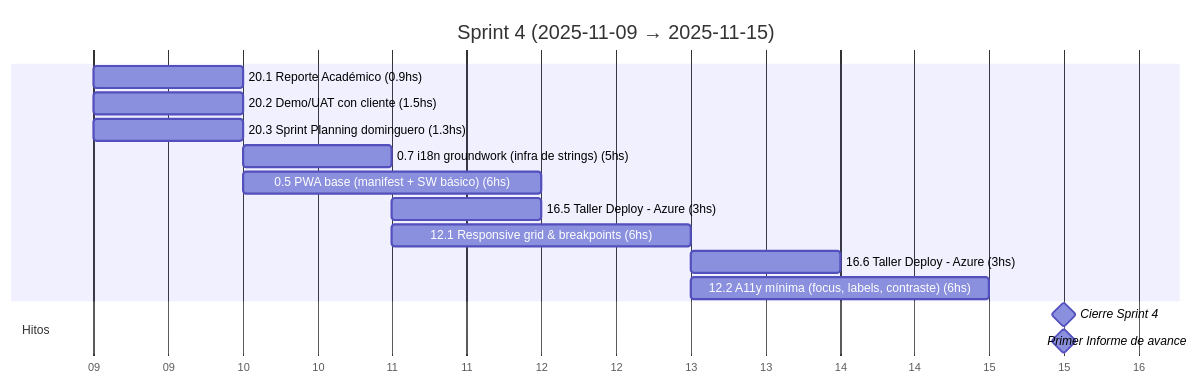
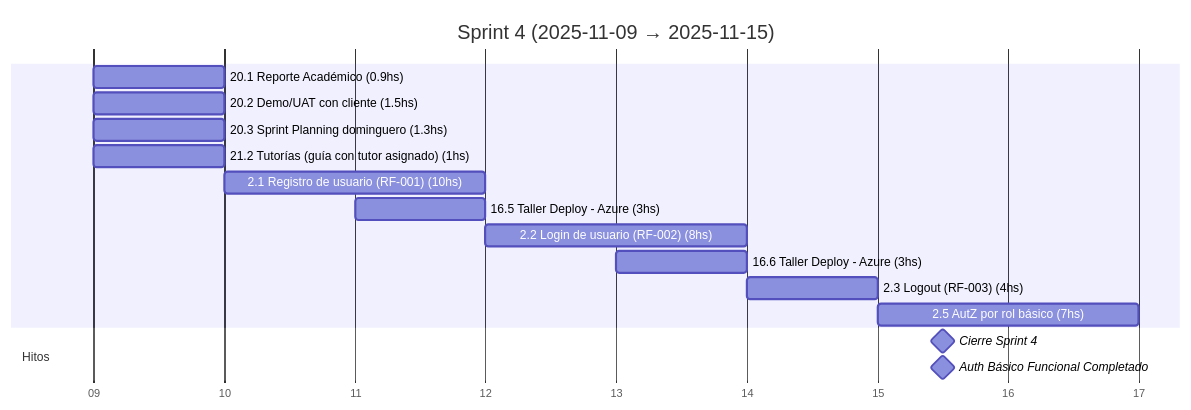
The fifth of 19 diagrams in docs/SprintsGantts.md (MarkMed/FleetMan), drawn with Mermaid before and after one commit. The commit also changed other lines of this file, not shown here.

Commit message:
feat: update Sprint #4 and #5 tasks for improved user authentication features and project milestones

````diff
--- a/docs/SprintsGantts.md
+++ b/docs/SprintsGantts.md
@@ -127,22 +127,23 @@
 ```mermaid
 gantt
   title Sprint 4 (2025-11-09 → 2025-11-15)
   dateFormat  YYYY-MM-DD
   axisFormat  %d
 
   %% Asumimos 5 h/día. Horas estimadas incluidas en el nombre.
 
   20.1 Reporte Académico (0.9hs)               :t201, 2025-11-09, 1d
   20.2 Demo/UAT con cliente (1.5hs)            :t202, 2025-11-09, 1d
   20.3 Sprint Planning dominguero (1.3hs)      :t203, 2025-11-09, 1d
-  0.7 i18n groundwork (infra de strings) (5hs) :t07, after t203, 1d
-  0.5 PWA base (manifest + SW básico) (6hs)    :t05, after t203, 2d
+  21.2 Tutorías (guía con tutor asignado) (1hs) :t212, 2025-11-09, 1d
+  2.1 Registro de usuario (RF-001) (10hs)      :t21, after t203, 2d
   16.5 Taller Deploy - Azure (3hs)             :t165, 2025-11-11, 1d
-  12.1 Responsive grid & breakpoints (6hs)     :t121, after t07, 2d
+  2.2 Login de usuario (RF-002) (8hs)          :t22, after t21, 2d
   16.6 Taller Deploy - Azure (3hs)             :t166, 2025-11-13, 1d
-  12.2 A11y mínima (focus, labels, contraste) (6hs) :t122, after t121, 2d
+  2.3 Logout (RF-003) (4hs)                    :t23, after t22, 1d
+  2.5 AutZ por rol básico (7hs)                :t25, after t23, 2d
 
   section Hitos
   Cierre Sprint 4                              :milestone, s4, 2025-11-15, 1d
-  Primer Informe de avance                   :milestone, acad1, 2025-11-15, 1d
+  Auth Básico Funcional Completado             :milestone, auth, 2025-11-15, 1d
 ```
````
